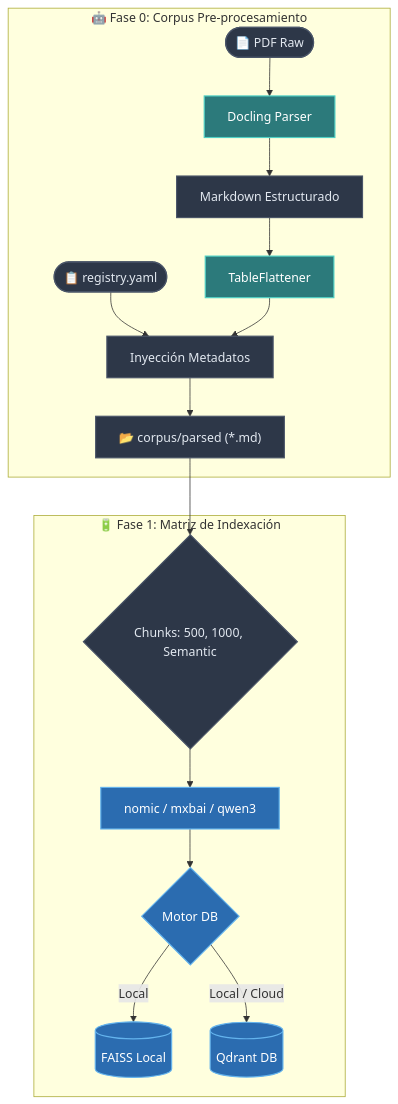
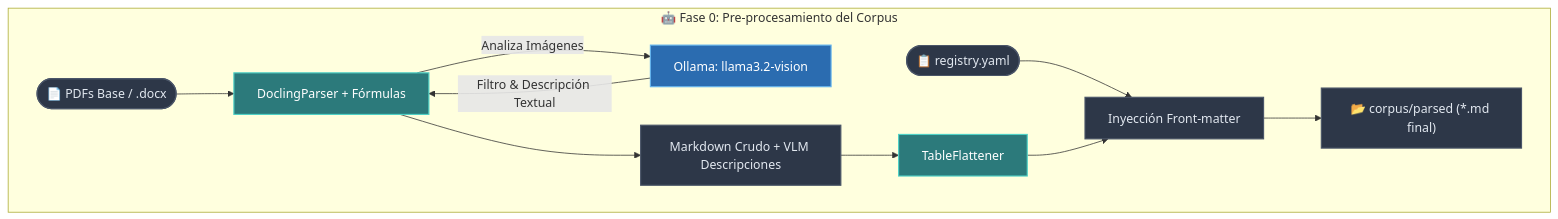
One commit to AlexPrietoRomani/TFM-allucination changed the first of 6 diagrams in docs/Documentation.md. Above: the diagram before and after it, drawn with Mermaid. The commit also changed other lines of this file, not shown here.

Commit message:
docs: actualiza el flujo de preprocesamiento del Corpus

````diff
--- a/docs/Documentation.md
+++ b/docs/Documentation.md
@@ -21,23 +32,17 @@
 ```mermaid
 graph TD
     classDef step fill:#2d3748,stroke:#4a5568,stroke-width:1.5px,color:#e2e8f0;
     classDef parser fill:#2c7a7b,stroke:#4fd1c5,stroke-width:1.5px,color:#fff;
     classDef db fill:#2b6cb0,stroke:#63b3ed,stroke-width:1.5px,color:#fff;
 
-    subgraph "🤖 Fase 0: Corpus Pre-procesamiento"
-        PDF([📄 PDF Raw]):::step --> Docling[Docling Parser]:::parser
-        Docling --> MD[Markdown Estructurado]:::step
+    subgraph "🤖 Fase 0: Pre-procesamiento del Corpus"
+        PDF([📄 PDFs Base / .docx]):::step --> Docling[DoclingParser + Fórmulas]:::parser
+        Docling -->|Analiza Imágenes| VLM[Ollama: llama3.2-vision]:::db
+        VLM -->|Filtro & Descripción Textual| Docling
+        Docling --> MD[Markdown Crudo + VLM Descripciones]:::step
         MD --> Flatten[TableFlattener]:::parser
-        YAML([📋 registry.yaml]):::step --> Meta[Inyección Metadatos]:::step
+        YAML([📋 registry.yaml]):::step --> Meta[Inyección Front-matter]:::step
         Flatten --> Meta
-        Meta --> Parsed["📂 corpus/parsed (*.md)"]:::step
-    end
-
-    subgraph "🔋 Fase 1: Matriz de Indexación"
-        Parsed --> Chunks{Chunks: 500, 1000, Semantic}:::step
-        Chunks --> Embed[nomic / mxbai / qwen3]:::db
-        Embed --> DB{Motor DB}:::db
-        DB -->|Local| FA[(FAISS Local)]:::db
-        DB -->|Local / Cloud| QD[(Qdrant DB)]:::db
+        Meta --> Parsed["📂 corpus/parsed (*.md final)"]:::step
     end
 ```
````
